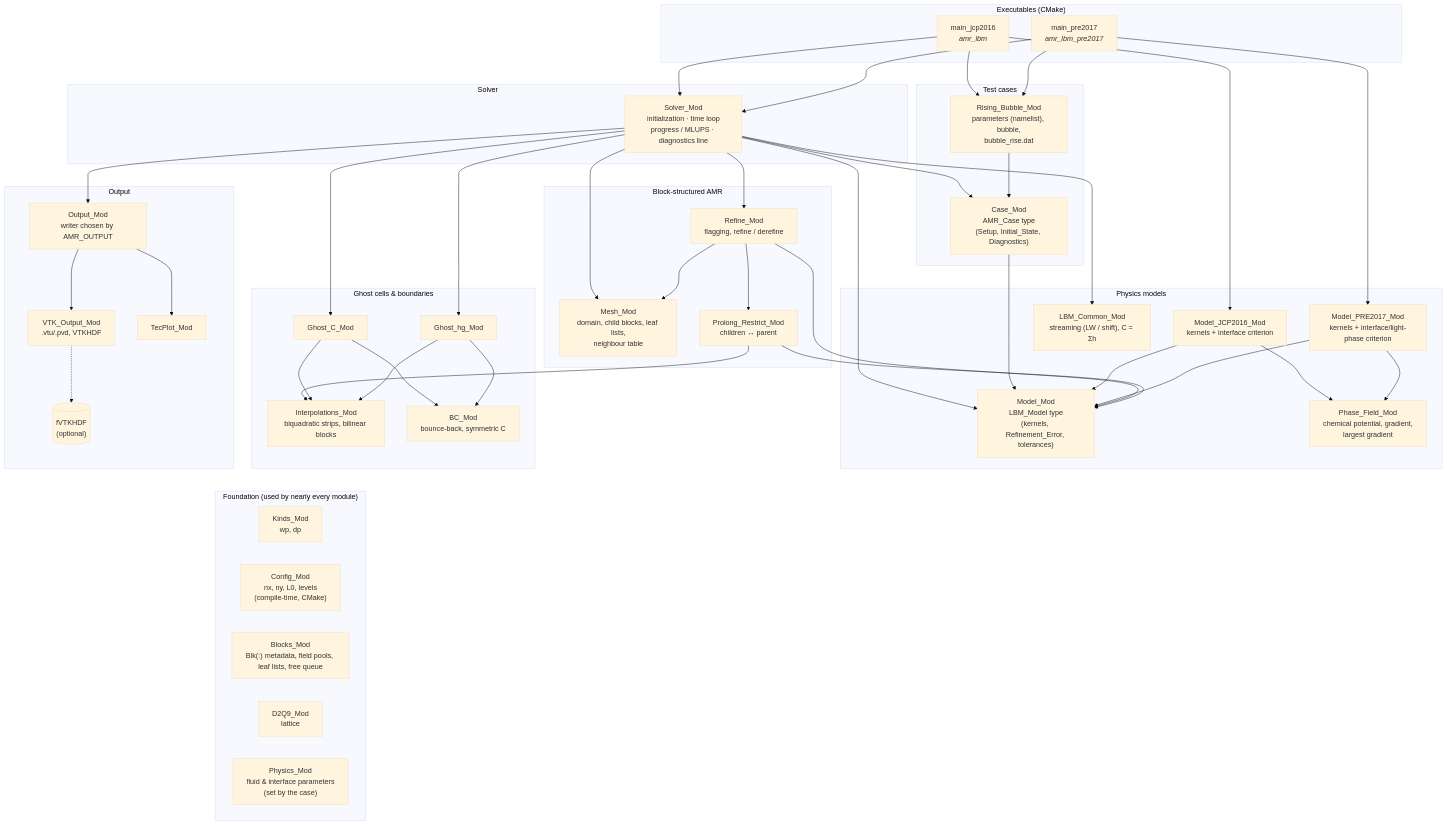
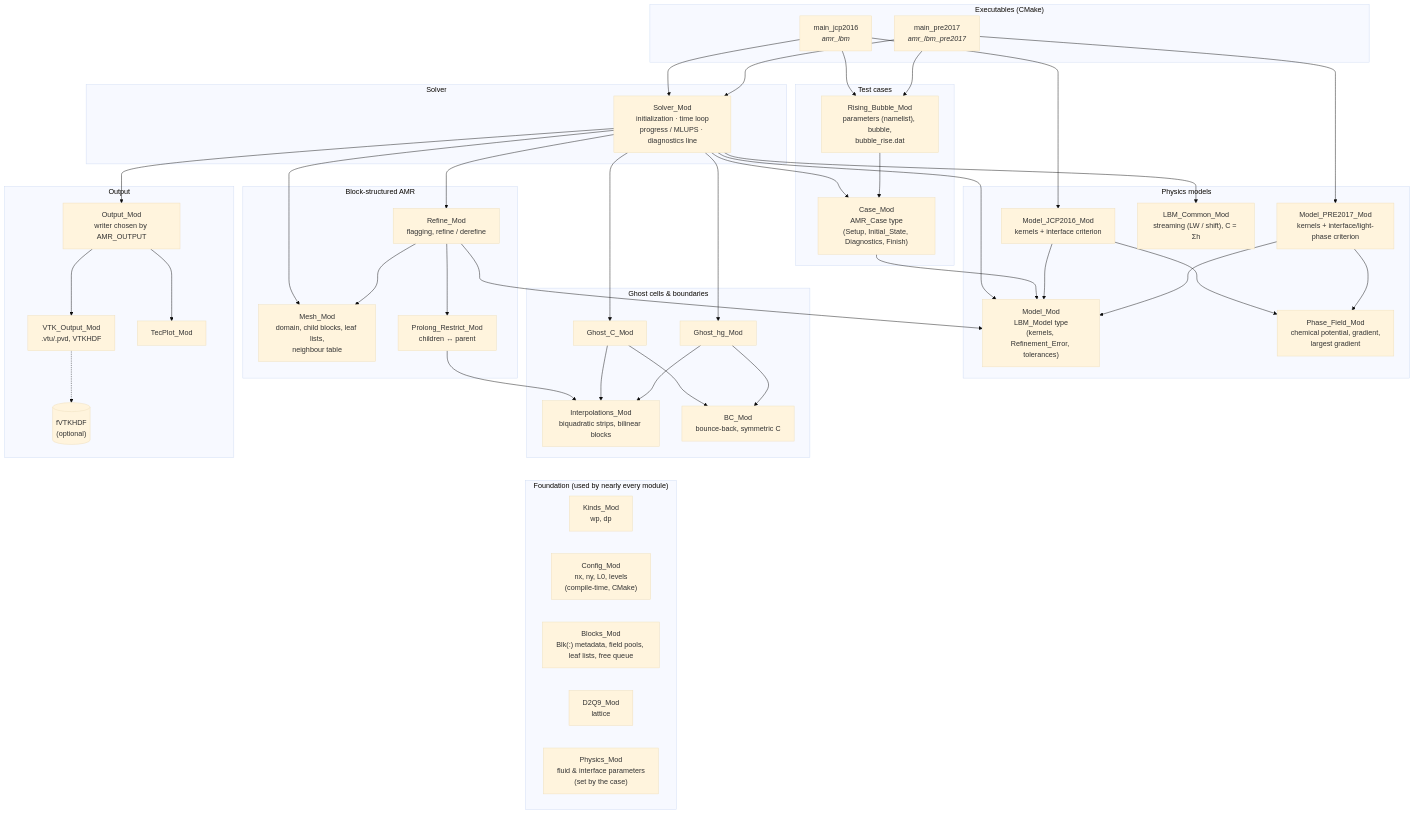
The diagram in code_structure.mmd (ivan-pi/AMR-LBM-OpenMP-2D), drawn with Mermaid (base theme) before and after one commit. The commit also changed 19 other files, not shown here.

```diff
--- a/code_structure.mmd
+++ b/code_structure.mmd
@@ -1,92 +1,91 @@
 flowchart TD
     subgraph EXE["Executables (CMake)"]
         mainJ["main_jcp2016<br/><i>amr_lbm</i>"]
         mainP["main_pre2017<br/><i>amr_lbm_pre2017</i>"]
     end
 
     subgraph DRV["Solver"]
         SOL["Solver_Mod<br/>initialization · time loop<br/>progress / MLUPS · diagnostics line"]
     end
 
     subgraph CASE["Test cases"]
-        CM["Case_Mod<br/>AMR_Case type<br/>(Setup, Initial_State, Diagnostics)"]
+        CM["Case_Mod<br/>AMR_Case type<br/>(Setup, Initial_State, Diagnostics, Finish)"]
         RB["Rising_Bubble_Mod<br/>parameters (namelist), bubble,<br/>bubble_rise.dat"]
     end
 
     subgraph MOD["Physics models"]
         MM["Model_Mod<br/>LBM_Model type<br/>(kernels, Refinement_Error, tolerances)"]
         JCP["Model_JCP2016_Mod<br/>kernels + interface criterion"]
         PRE["Model_PRE2017_Mod<br/>kernels + interface/light-phase criterion"]
         LBC["LBM_Common_Mod<br/>streaming (LW / shift), C = Σh"]
         PF["Phase_Field_Mod<br/>chemical potential, gradient,<br/>largest gradient"]
     end
 
     subgraph AMR["Block-structured AMR"]
         REF["Refine_Mod<br/>flagging, refine / derefine"]
         PR["Prolong_Restrict_Mod<br/>children ↔ parent"]
         MESH["Mesh_Mod<br/>domain, child blocks, leaf lists,<br/>neighbour table"]
     end
 
     subgraph GH["Ghost cells & boundaries"]
         GC["Ghost_C_Mod"]
         GHG["Ghost_hg_Mod"]
         INT["Interpolations_Mod<br/>biquadratic strips, bilinear blocks"]
         BC["BC_Mod<br/>bounce-back, symmetric C"]
     end
 
     subgraph OUT["Output"]
         OM["Output_Mod<br/>writer chosen by AMR_OUTPUT"]
         VTK["VTK_Output_Mod<br/>.vtu/.pvd, VTKHDF"]
         TEC["TecPlot_Mod"]
         FV[("fVTKHDF<br/>(optional)")]
     end
 
     subgraph BASE["Foundation (used by nearly every module)"]
         K["Kinds_Mod<br/>wp, dp"]
         CFG["Config_Mod<br/>nx, ny, L0, levels<br/>(compile-time, CMake)"]
         BLK["Blocks_Mod<br/>Blk(:) metadata, field pools, leaf lists, free queue"]
         D["D2Q9_Mod<br/>lattice"]
         PH["Physics_Mod<br/>fluid & interface parameters<br/>(set by the case)"]
     end
 
     mainJ --> SOL
     mainJ --> JCP
     mainJ --> RB
     mainP --> SOL
     mainP --> PRE
     mainP --> RB
 
     SOL --> MM
     SOL --> CM
     SOL --> LBC
     SOL --> REF
     SOL --> MESH
     SOL --> GC
     SOL --> GHG
     SOL --> OM
 
     RB --> CM
     CM --> MM
     JCP --> MM
     JCP --> PF
     PRE --> MM
     PRE --> PF
 
     REF --> MESH
     REF --> PR
     REF --> MM
-    PR --> MM
     PR --> INT
 
     GC --> INT
     GC --> BC
     GHG --> INT
     GHG --> BC
 
     OM --> VTK
     OM --> TEC
     VTK -.-> FV
 
     MESH ~~~ BASE
     INT ~~~ BASE
     MM ~~~ BASE
```
